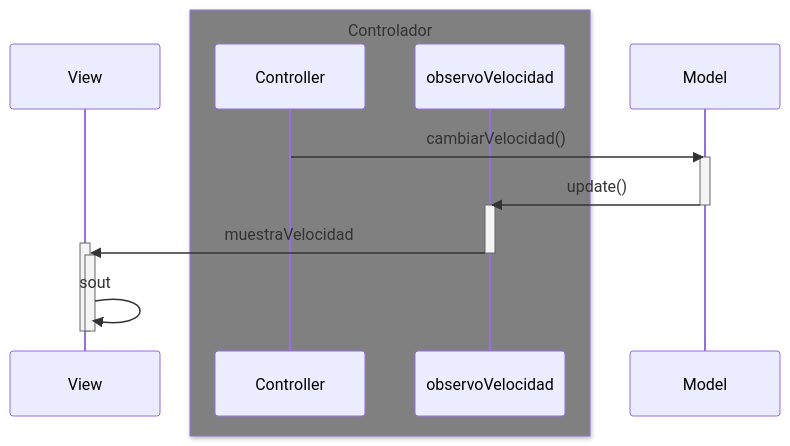
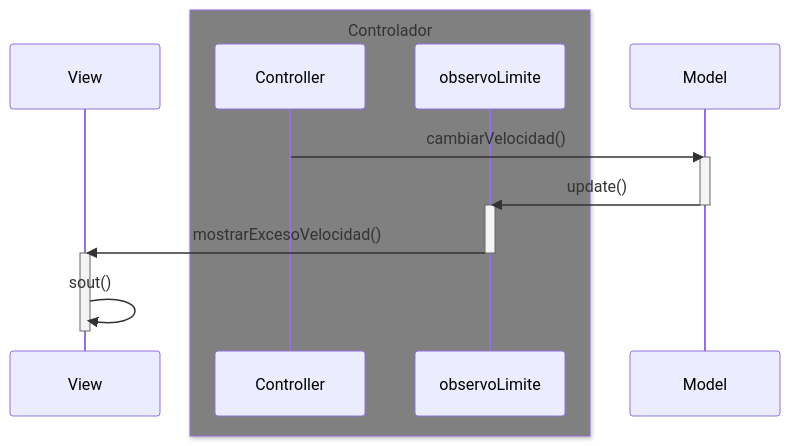
Before and after one commit to ilopezbrion/MVC_coches_observer: the second of 2 diagrams in Readme.md, drawn with Mermaid. The commit also changed other lines of this file and 12 other files, not shown here.

````diff
--- a/Readme.md
+++ b/Readme.md
@@ -88,20 +51,20 @@
 ```mermaid
 sequenceDiagram
     participant View
     box gray Controlador
     participant Controller
-    participant observoVelocidad
+    participant observoLimite
     end
     participant Model
 
     Controller->>Model: cambiarVelocidad()
     activate Model
-    Model->>observoVelocidad: update()
+    Model->>observoLimite: update()
     deactivate Model
-    activate observoVelocidad
-    observoVelocidad->>+View: muestraVelocidad
-    deactivate observoVelocidad
+    activate observoLimite
+    observoLimite->>View: mostrarExcesoVelocidad()
+    deactivate observoLimite
     activate View
-    View->>-View: sout
+    View->>View: sout()
     deactivate View
 ```
````
